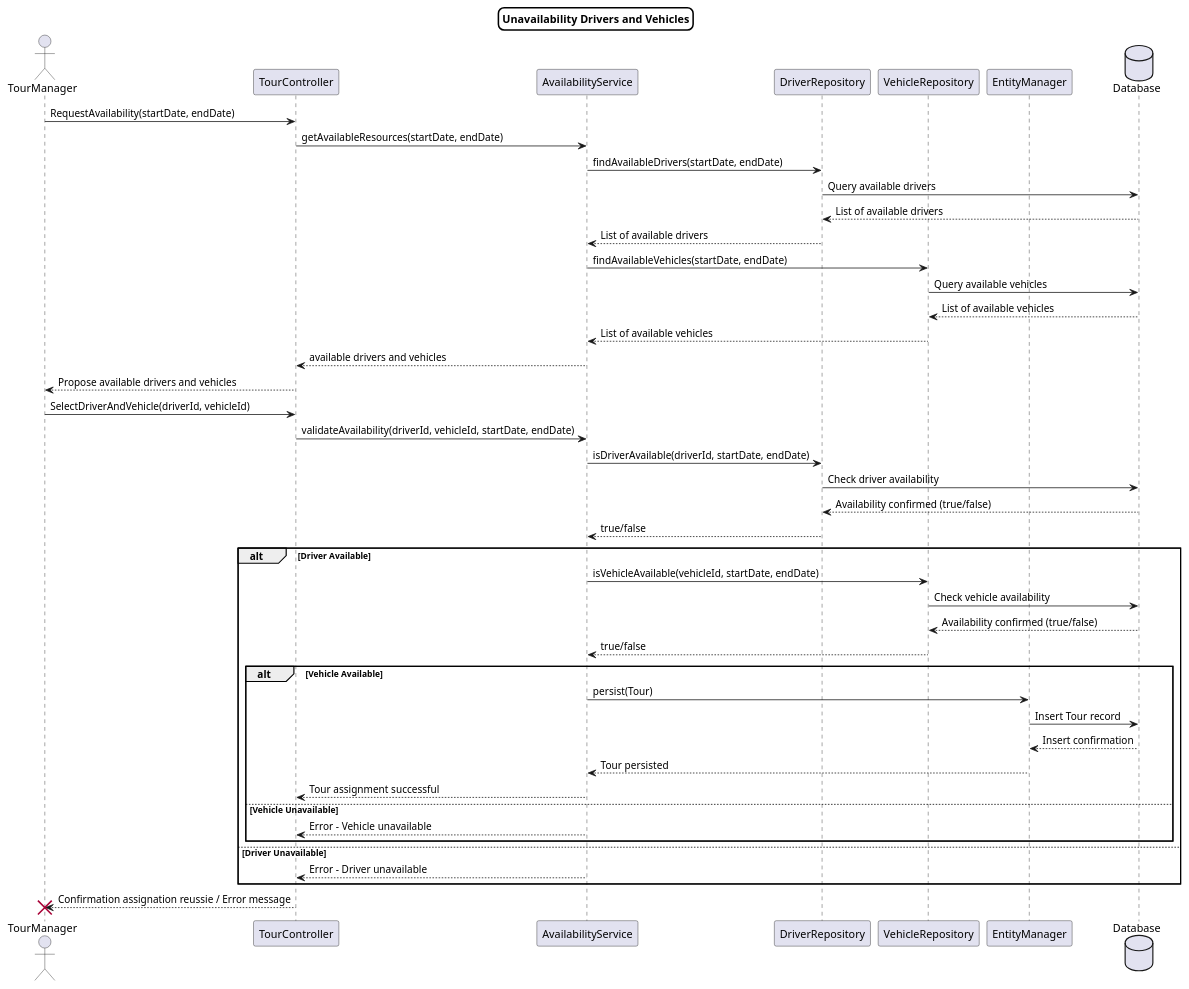
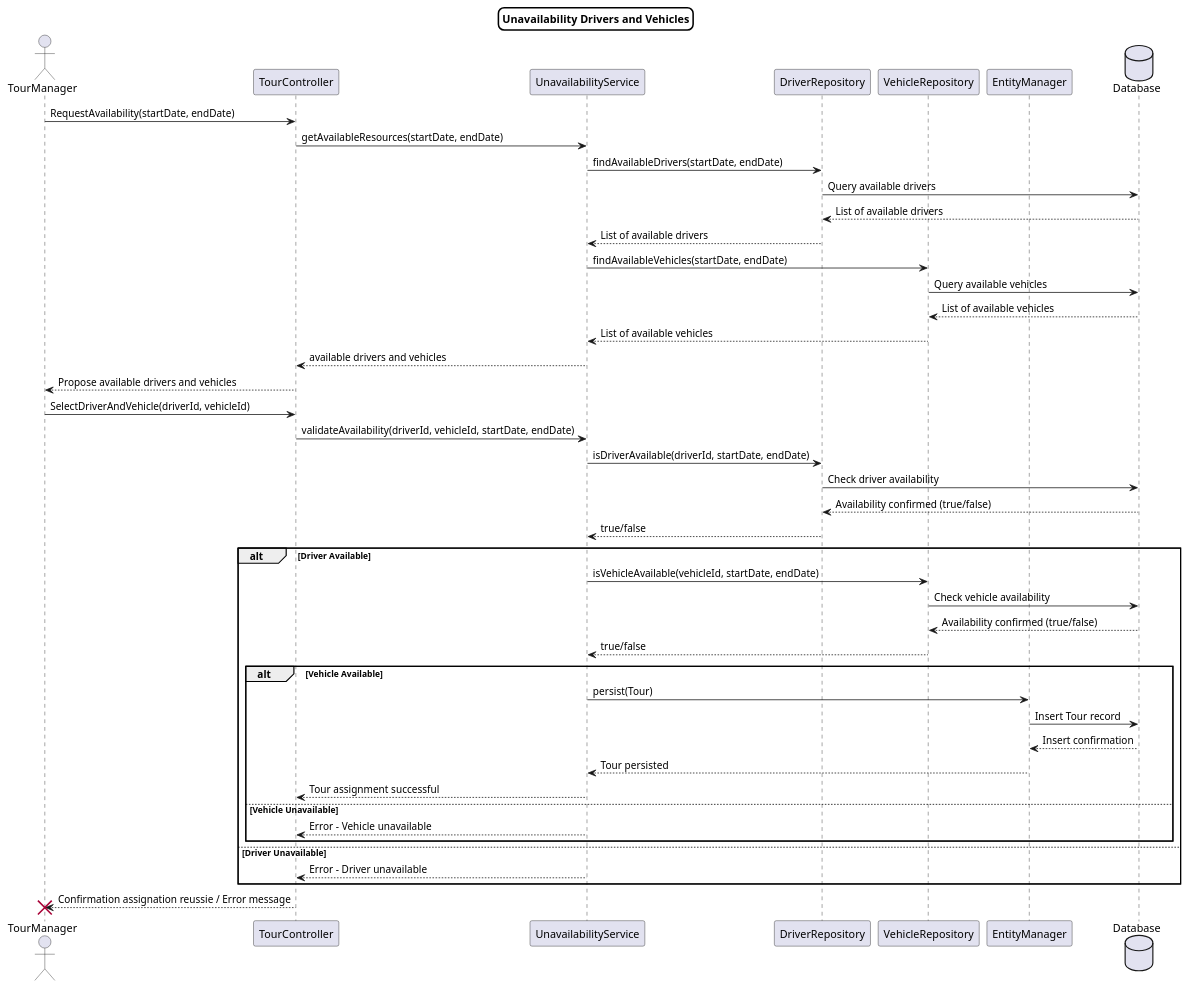
One commit to Kiliroystrik/NovaTraxApi changed the diagram in UML-Sequence-Indispo.puml. Above: the diagram before and after it, drawn with PlantUML. The commit also changed 26 other files, not shown here.

```diff
--- a/UML-Sequence-Indispo.puml
+++ b/UML-Sequence-Indispo.puml
@@ -1,61 +1,61 @@
 @startuml Sequence Indispo
 skinparam titleBorderRoundCorner 15
 skinparam titleBorderThickness 2
 skinparam titleBorderColor black
 
 title Unavailability Drivers and Vehicles
 
 actor TourManager
 
 participant "TourController" as Controller
-participant "AvailabilityService" as AvailabilityService
+participant "UnavailabilityService" as UnavailabilityService
 participant "DriverRepository" as DriverRepo
 participant "VehicleRepository" as VehicleRepo
 participant "EntityManager" as EM
 database "Database" as DB
 
 TourManager -> Controller : RequestAvailability(startDate, endDate)
-Controller -> AvailabilityService : getAvailableResources(startDate, endDate)
-AvailabilityService -> DriverRepo : findAvailableDrivers(startDate, endDate)
+Controller -> UnavailabilityService : getAvailableResources(startDate, endDate)
+UnavailabilityService -> DriverRepo : findAvailableDrivers(startDate, endDate)
 DriverRepo -> DB : Query available drivers
 DB --> DriverRepo : List of available drivers
-DriverRepo --> AvailabilityService : List of available drivers
+DriverRepo --> UnavailabilityService : List of available drivers
 
-AvailabilityService -> VehicleRepo : findAvailableVehicles(startDate, endDate)
+UnavailabilityService -> VehicleRepo : findAvailableVehicles(startDate, endDate)
 VehicleRepo -> DB : Query available vehicles
 DB --> VehicleRepo : List of available vehicles
-VehicleRepo --> AvailabilityService : List of available vehicles
+VehicleRepo --> UnavailabilityService : List of available vehicles
 
-AvailabilityService --> Controller : available drivers and vehicles
+UnavailabilityService --> Controller : available drivers and vehicles
 Controller --> TourManager : Propose available drivers and vehicles
 
 TourManager -> Controller : SelectDriverAndVehicle(driverId, vehicleId)
-Controller -> AvailabilityService : validateAvailability(driverId, vehicleId, startDate, endDate)
-AvailabilityService -> DriverRepo : isDriverAvailable(driverId, startDate, endDate)
+Controller -> UnavailabilityService : validateAvailability(driverId, vehicleId, startDate, endDate)
+UnavailabilityService -> DriverRepo : isDriverAvailable(driverId, startDate, endDate)
 DriverRepo -> DB : Check driver availability
 DB --> DriverRepo : Availability confirmed (true/false)
-DriverRepo --> AvailabilityService : true/false
+DriverRepo --> UnavailabilityService : true/false
 
 alt Driver Available
-    AvailabilityService -> VehicleRepo : isVehicleAvailable(vehicleId, startDate, endDate)
+    UnavailabilityService -> VehicleRepo : isVehicleAvailable(vehicleId, startDate, endDate)
     VehicleRepo -> DB : Check vehicle availability
     DB --> VehicleRepo : Availability confirmed (true/false)
-    VehicleRepo --> AvailabilityService : true/false
+    VehicleRepo --> UnavailabilityService : true/false
 
     alt Vehicle Available
-        AvailabilityService -> EM : persist(Tour)
+        UnavailabilityService -> EM : persist(Tour)
         EM -> DB : Insert Tour record
         DB --> EM : Insert confirmation
-        EM --> AvailabilityService : Tour persisted
-        AvailabilityService --> Controller : Tour assignment successful
+        EM --> UnavailabilityService : Tour persisted
+        UnavailabilityService --> Controller : Tour assignment successful
     else Vehicle Unavailable
-        AvailabilityService --> Controller : Error - Vehicle unavailable
+        UnavailabilityService --> Controller : Error - Vehicle unavailable
     end
 else Driver Unavailable
-    AvailabilityService --> Controller : Error - Driver unavailable
+    UnavailabilityService --> Controller : Error - Driver unavailable
 end
 
 Controller --> TourManager : Confirmation assignation reussie / Error message
 destroy TourManager
 
 @enduml
```
